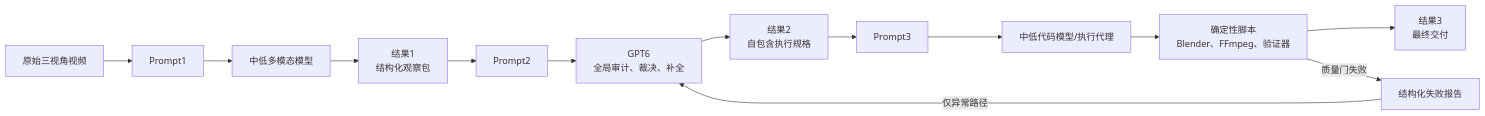
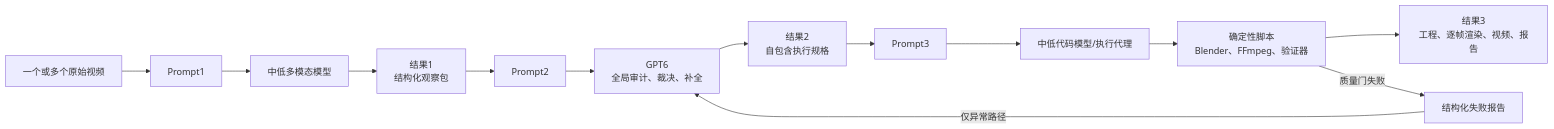
The second of 2 diagrams in docs/efficient_astra_3d_pipeline_zh-CN.md (hku-sail/Real2Sim_GPT6_ASTRA), drawn with Mermaid before and after one commit. The commit also changed other lines of this file and 2 other files, not shown here.

````diff
--- a/docs/efficient_astra_3d_pipeline_zh-CN.md
+++ b/docs/efficient_astra_3d_pipeline_zh-CN.md
@@ -745,15 +769,15 @@
 ```mermaid
 flowchart LR
-    A[原始三视角视频] --> B[Prompt1]
+    A[一个或多个原始视频] --> B[Prompt1]
     B --> C[中低多模态模型]
     C --> D[结果1<br/>结构化观察包]
     D --> E[Prompt2]
     E --> F[GPT6<br/>全局审计、裁决、补全]
     F --> G[结果2<br/>自包含执行规格]
     G --> H[Prompt3]
     H --> I[中低代码模型/执行代理]
     I --> J[确定性脚本<br/>Blender、FFmpeg、验证器]
-    J --> K[结果3<br/>最终交付]
+    J --> K[结果3<br/>工程、逐帧渲染、视频、报告]
     J -->|质量门失败| L[结构化失败报告]
     L -->|仅异常路径| F
 ```
````
